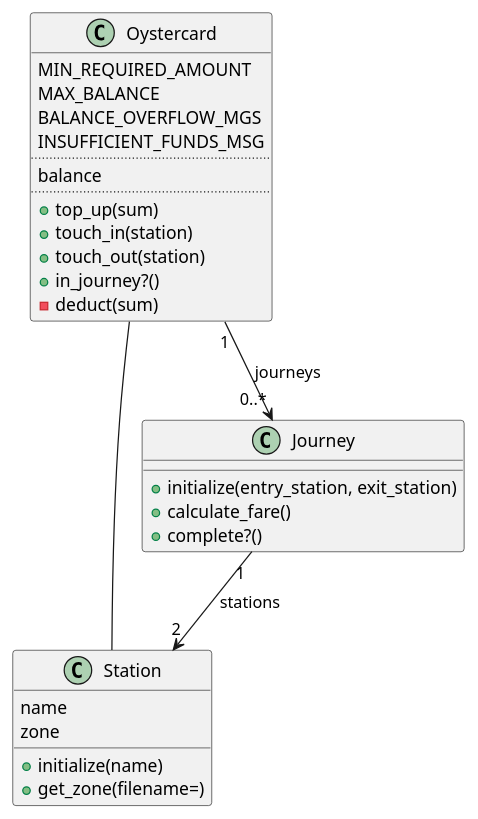
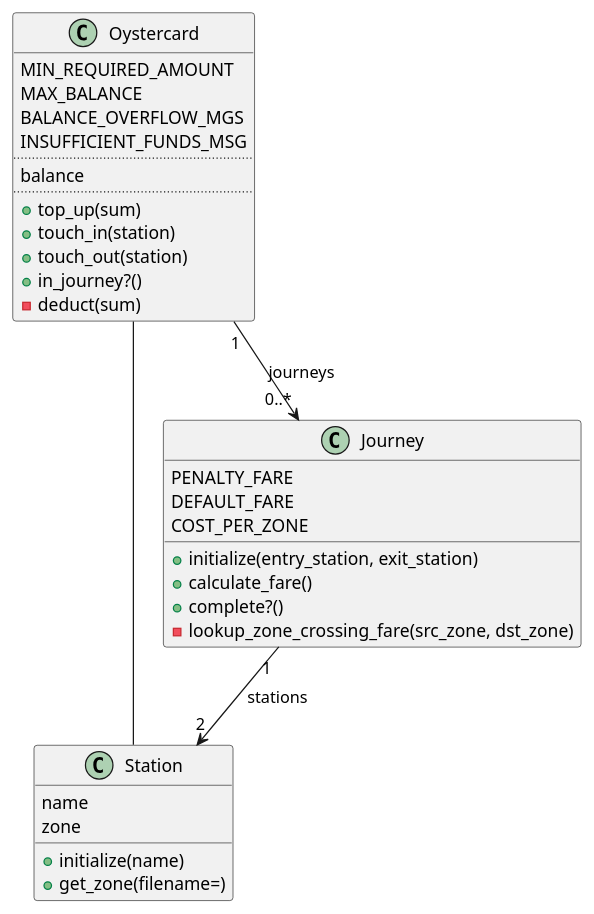
Before and after one commit to meta-morpho-sys/new_oystercard: the diagram in oystercard.puml, drawn with PlantUML. The commit also changed 6 other files, not shown here.

```diff
--- a/oystercard.puml
+++ b/oystercard.puml
@@ -1,37 +1,39 @@
 @startuml
 
 class Oystercard {
     MIN_REQUIRED_AMOUNT
     MAX_BALANCE
     BALANCE_OVERFLOW_MGS
     INSUFFICIENT_FUNDS_MSG
     ..
     balance
     ..
     + top_up(sum)
     + touch_in(station)
     + touch_out(station)
     + in_journey?()
     - deduct(sum)
 }
 
 class Station {
     name
     zone
     + initialize(name)
     + get_zone(filename=)
 }
 
 class Journey {
+    PENALTY_FARE
+    DEFAULT_FARE
+    COST_PER_ZONE
     + initialize(entry_station, exit_station)
     + calculate_fare()
     + complete?()
+    - lookup_zone_crossing_fare(src_zone, dst_zone)
 }
 
 Oystercard -- Station
 Journey "1" --> "2" Station: stations
 Oystercard "1" --> "0..*" Journey: journeys
 
-
-
 @enduml
```
